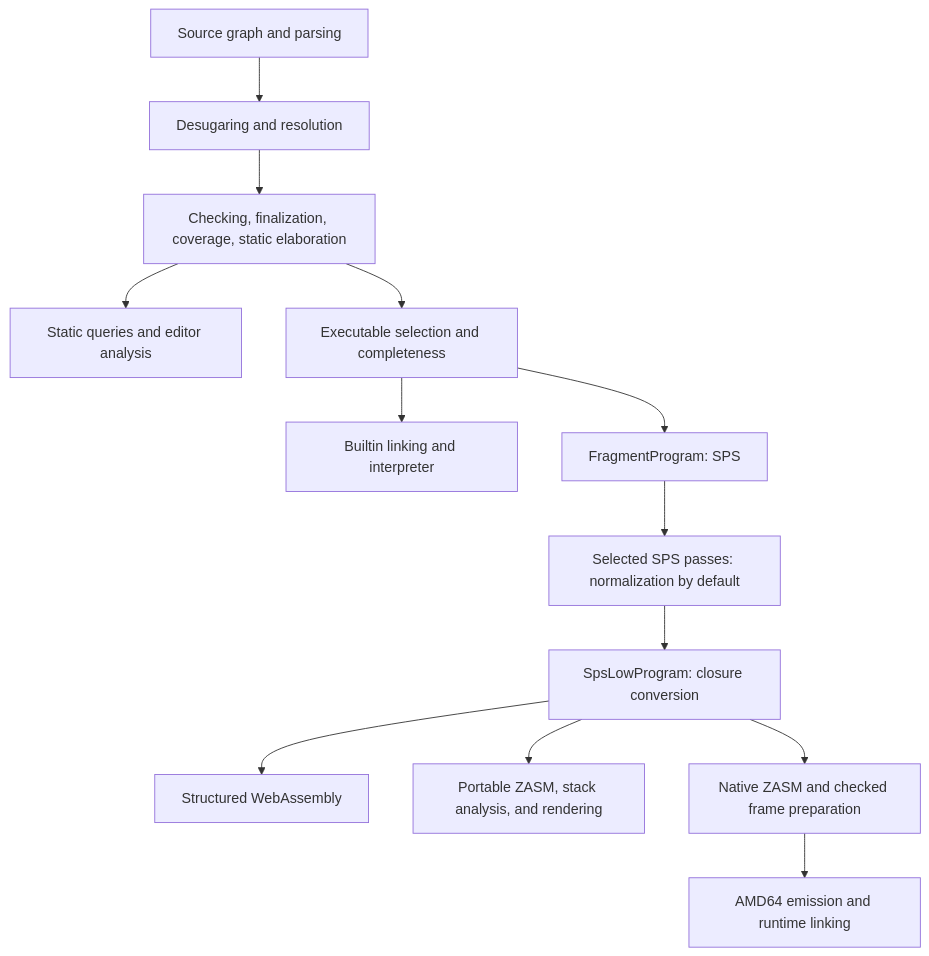
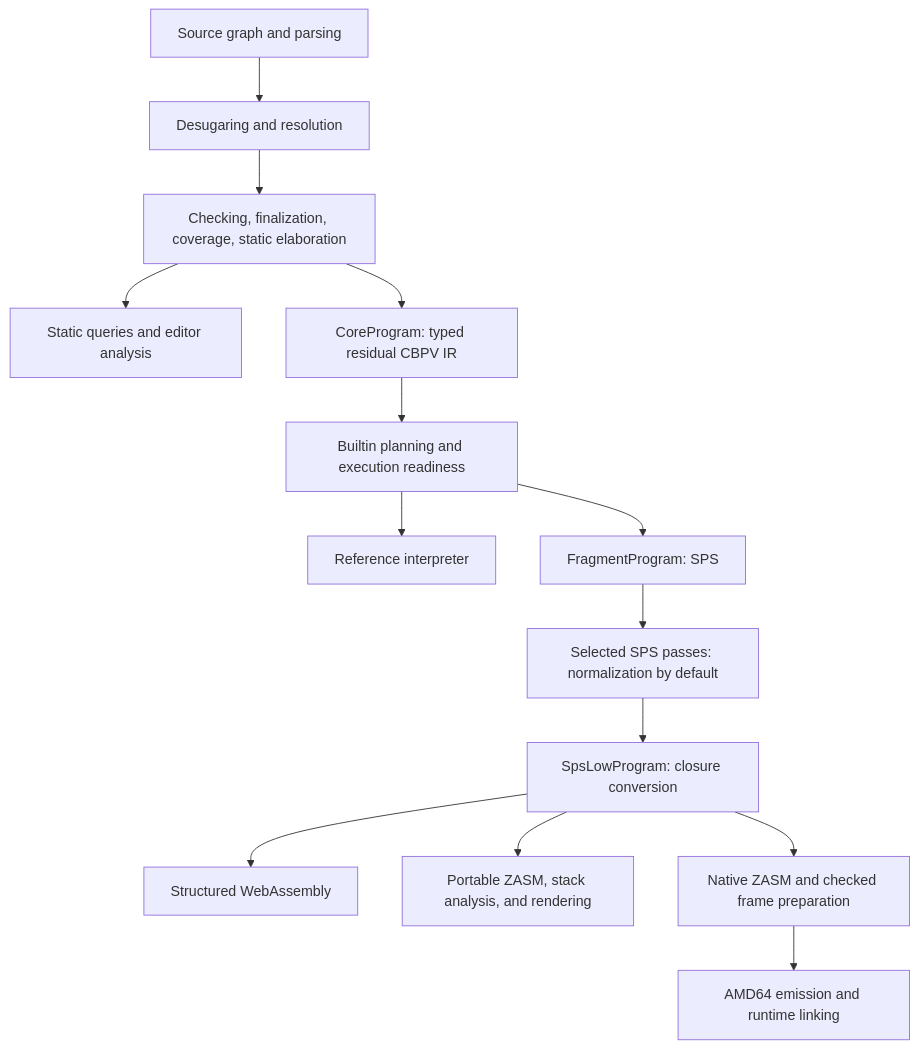
Before and after one commit to zydeco-lang/zydeco: the diagram in docs/references/compiler/src/architecture.md, drawn with Mermaid. The commit also changed other lines of this file and 9 other files, not shown here.

````diff
--- a/docs/references/compiler/src/architecture.md
+++ b/docs/references/compiler/src/architecture.md
@@ -10,15 +10,16 @@
 ```mermaid
 flowchart TD
     Sources[Source graph and parsing] --> Frontend[Desugaring and resolution]
     Frontend --> Statics[Checking, finalization, coverage, static elaboration]
     Statics --> Queries[Static queries and editor analysis]
-    Statics --> Entry[Executable selection and completeness]
-    Entry --> Dynamics[Builtin linking and interpreter]
+    Statics --> Core[CoreProgram: typed residual CBPV IR]
+    Core --> Entry[Builtin planning and execution readiness]
+    Entry --> Dynamics[Reference interpreter]
     Entry --> Sps[FragmentProgram: SPS]
     Sps --> Normalize[Selected SPS passes: normalization by default]
     Normalize --> Low[SpsLowProgram: closure conversion]
     Low --> Wasm[Structured WebAssembly]
     Low --> Portable[Portable ZASM, stack analysis, and rendering]
     Low --> Native[Native ZASM and checked frame preparation]
     Native --> AMD64[AMD64 emission and runtime linking]
 ```
````
